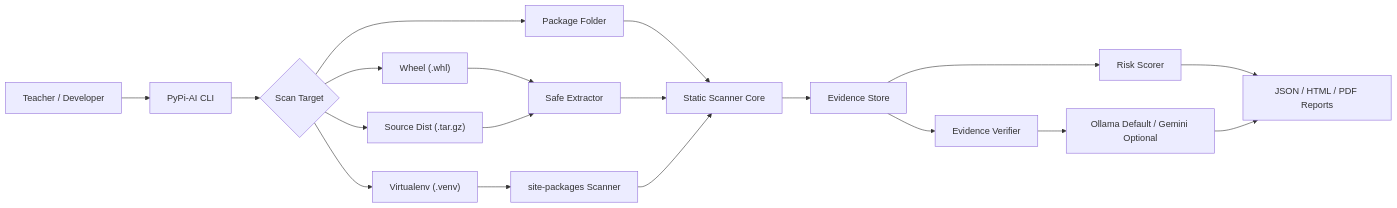
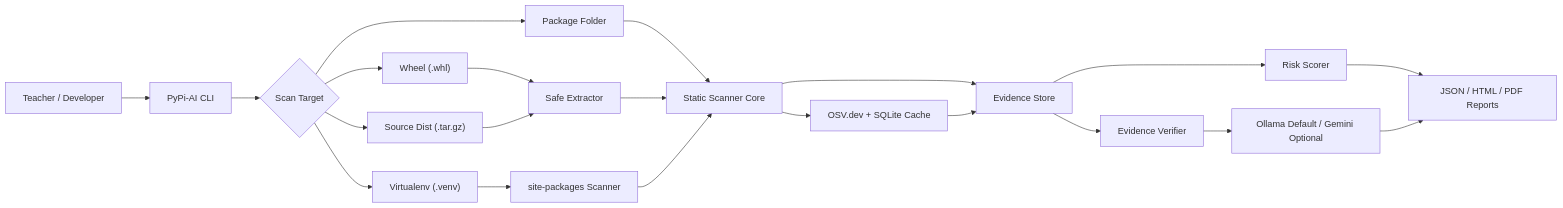
The first of 5 diagrams in docs/DEFENSE_GUIDE.md (Vasanthadithya-mundrathi/PyPI-AI), drawn with Mermaid before and after one commit. The commit also changed other lines of this file and 36 other files, not shown here.

````diff
--- a/docs/DEFENSE_GUIDE.md
+++ b/docs/DEFENSE_GUIDE.md
@@ -23,21 +25,23 @@
 ```mermaid
 flowchart LR
     User["Teacher / Developer"] --> CLI["PyPi-AI CLI"]
     CLI --> Target{"Scan Target"}
     Target --> Folder["Package Folder"]
     Target --> Wheel["Wheel (.whl)"]
     Target --> Sdist["Source Dist (.tar.gz)"]
     Target --> Venv["Virtualenv (.venv)"]
     Folder --> Scanner["Static Scanner Core"]
     Wheel --> Extractor["Safe Extractor"]
     Sdist --> Extractor
     Venv --> VenvScanner["site-packages Scanner"]
     Extractor --> Scanner
     VenvScanner --> Scanner
     Scanner --> Evidence["Evidence Store"]
+    Scanner --> OSV["OSV.dev + SQLite Cache"]
+    OSV --> Evidence
     Evidence --> Risk["Risk Scorer"]
     Evidence --> Verifier["Evidence Verifier"]
     Verifier --> AI["Ollama Default / Gemini Optional"]
     Risk --> Reports["JSON / HTML / PDF Reports"]
     AI --> Reports
 ```
````
